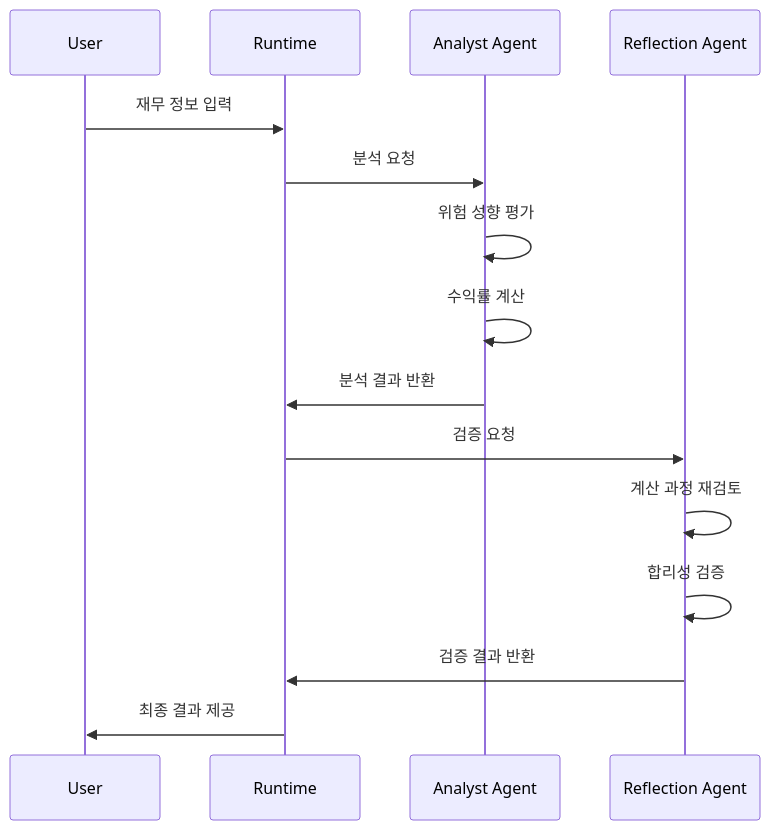
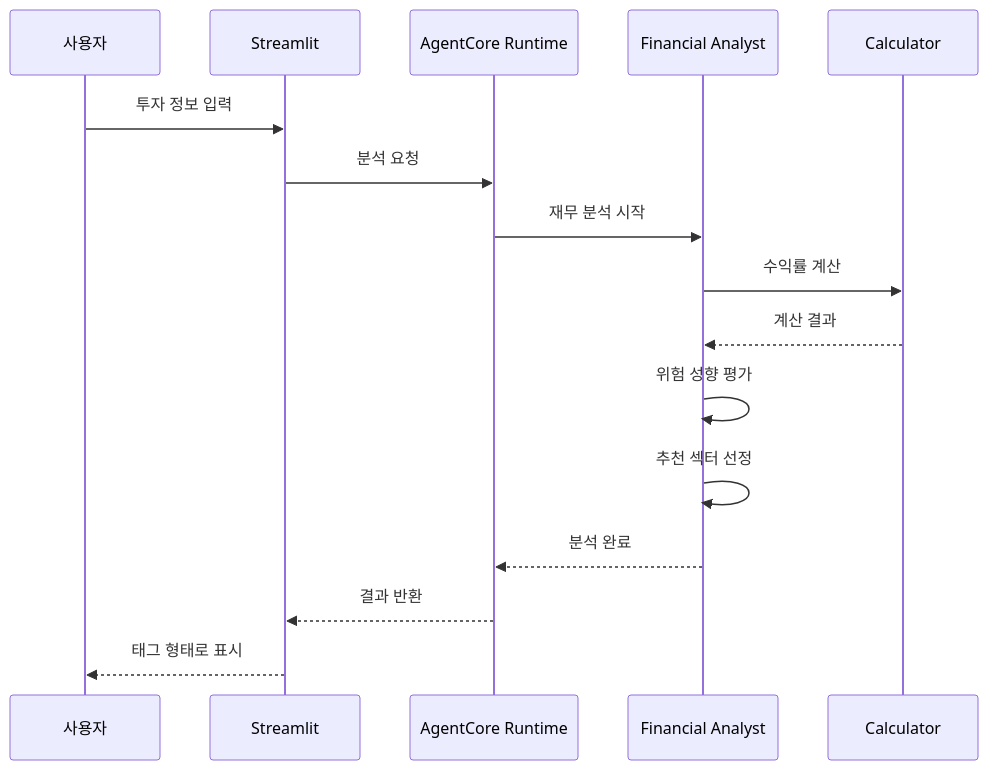
The second of 2 diagrams in financial_analyst/README.md (ksgsslee/investment_advisor_strands), drawn with Mermaid before and after one commit. The commit also changed other lines of this file, not shown here.

Commit message:
financial_analyst

````diff
--- a/financial_analyst/README.md
+++ b/financial_analyst/README.md
@@ -71,18 +104,19 @@
 ```mermaid
 sequenceDiagram
-    participant U as User
-    participant R as Runtime
-    participant A as Analyst Agent
-    participant V as Reflection Agent
+    participant U as 사용자
+    participant S as Streamlit
+    participant R as AgentCore Runtime
+    participant A as Financial Analyst
+    participant C as Calculator
     
-    U->>R: 재무 정보 입력
-    R->>A: 분석 요청
+    U->>S: 투자 정보 입력
+    S->>R: 분석 요청
+    R->>A: 재무 분석 시작
+    A->>C: 수익률 계산
+    C-->>A: 계산 결과
     A->>A: 위험 성향 평가
-    A->>A: 수익률 계산
-    A->>R: 분석 결과 반환
-    R->>V: 검증 요청
-    V->>V: 계산 과정 재검토
-    V->>V: 합리성 검증
-    V->>R: 검증 결과 반환
-    R->>U: 최종 결과 제공
+    A->>A: 추천 섹터 선정
+    A-->>R: 분석 완료
+    R-->>S: 결과 반환
+    S-->>U: 태그 형태로 표시
 ```
````
